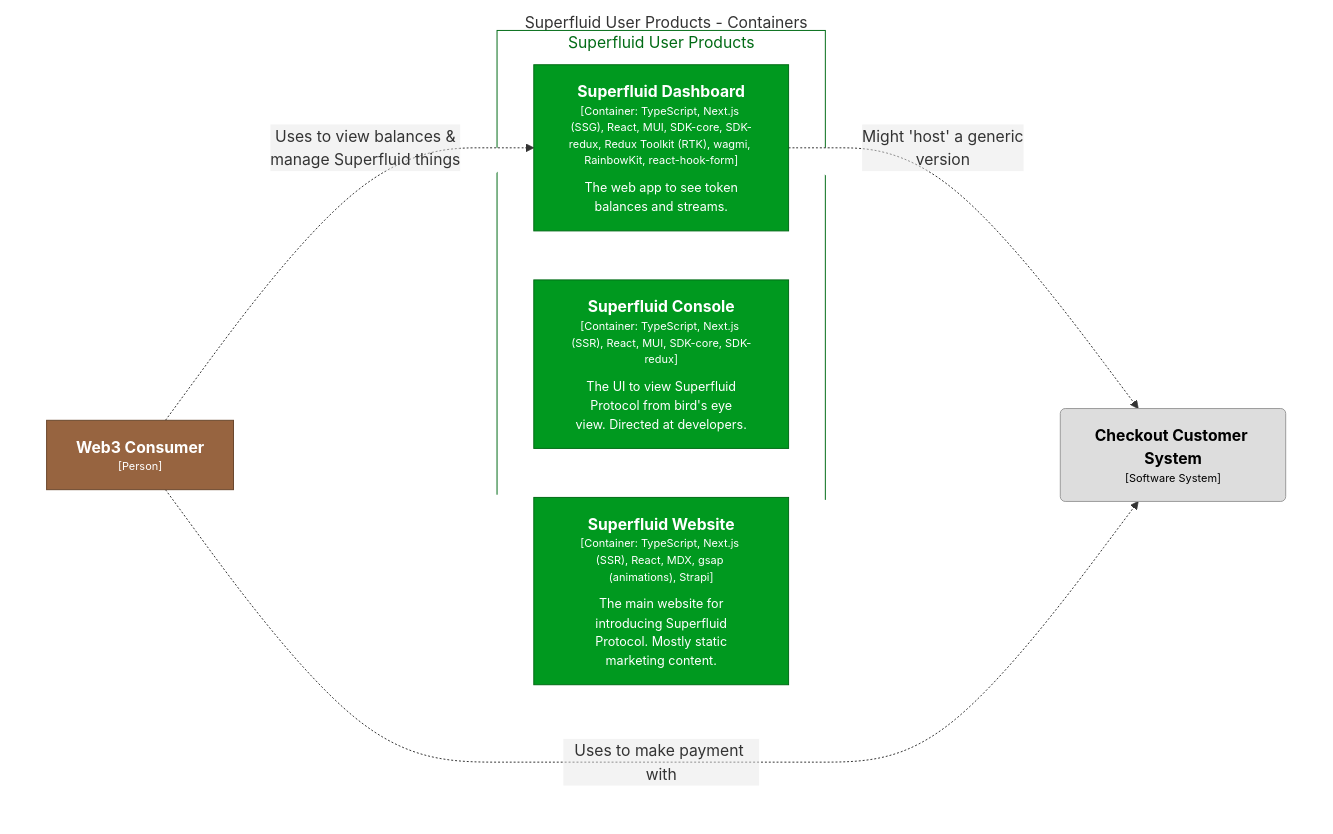
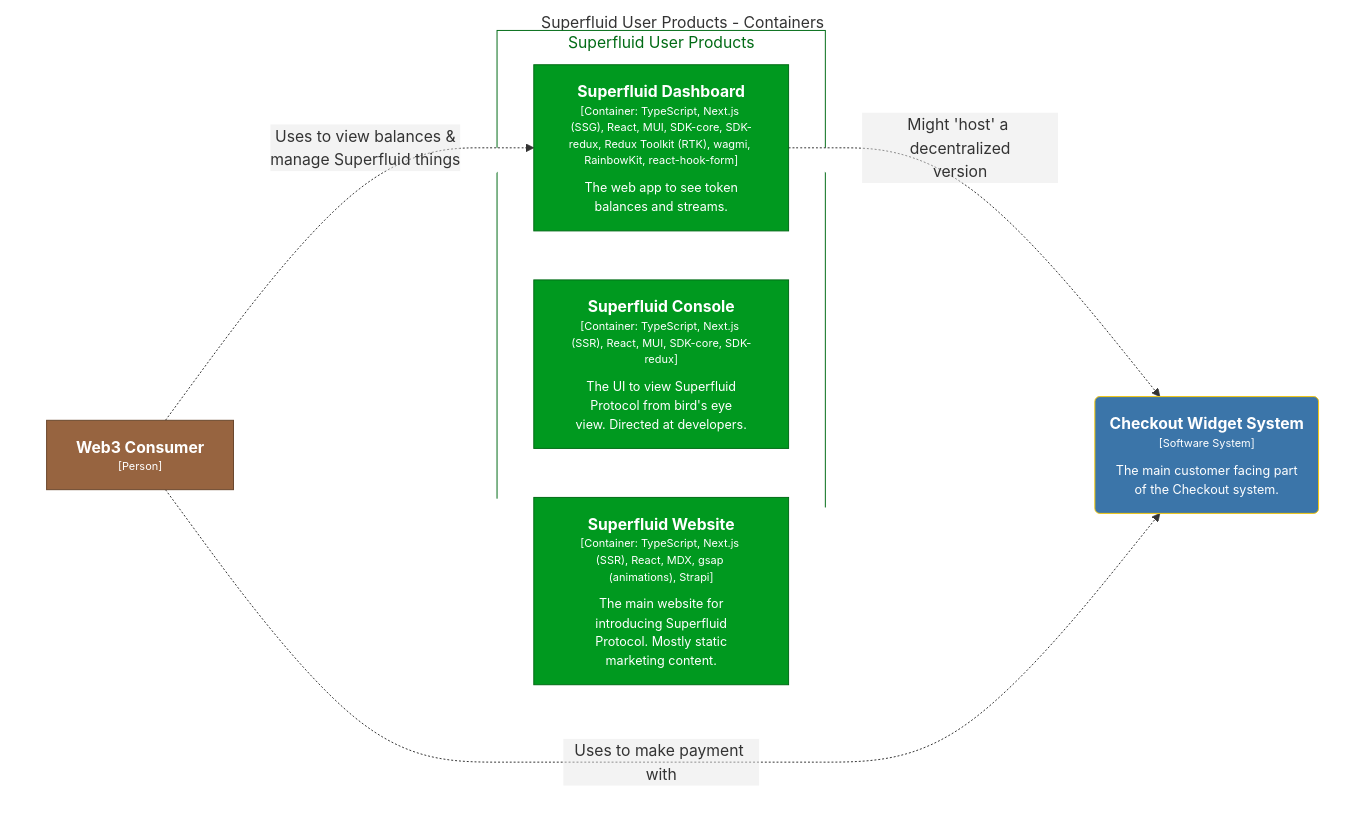
Before and after one commit to superfluid-finance/widget: the diagram in architecture/diagrams/structurizr-SuperfluidUserProducts.mmd, drawn with Mermaid. The commit also changed 13 other files, not shown here.

```diff
--- a/architecture/diagrams/structurizr-SuperfluidUserProducts.mmd
+++ b/architecture/diagrams/structurizr-SuperfluidUserProducts.mmd
@@ -1,26 +1,26 @@
 graph TB
   linkStyle default fill:#ffffff
 
   subgraph diagram [Superfluid User Products - Containers]
     style diagram fill:#ffffff,stroke:#ffffff
 
-    1("<div style='font-weight: bold'>Checkout Customer System</div><div style='font-size: 70%; margin-top: 0px'>[Software System]</div>")
-    style 1 fill:#dddddd,stroke:#9a9a9a,color:#000000
-    57["<div style='font-weight: bold'>Web3 Consumer</div><div style='font-size: 70%; margin-top: 0px'>[Person]</div>"]
-    style 57 fill:#976440,stroke:#69462c,color:#ffffff
+    3("<div style='font-weight: bold'>Checkout Widget System</div><div style='font-size: 70%; margin-top: 0px'>[Software System]</div><div style='font-size: 80%; margin-top:10px'>The main customer facing part<br />of the Checkout system.</div>")
+    style 3 fill:#3b75a9,stroke:#f8c806,color:#ffffff
+    65["<div style='font-weight: bold'>Web3 Consumer</div><div style='font-size: 70%; margin-top: 0px'>[Person]</div>"]
+    style 65 fill:#976440,stroke:#69462c,color:#ffffff
 
-    subgraph 35 [Superfluid User Products]
-      style 35 fill:#ffffff,stroke:#006b15,color:#006b15
+    subgraph 40 [Superfluid User Products]
+      style 40 fill:#ffffff,stroke:#006b15,color:#006b15
 
-      36["<div style='font-weight: bold'>Superfluid Dashboard</div><div style='font-size: 70%; margin-top: 0px'>[Container: TypeScript, Next.js (SSG), React, MUI, SDK-core, SDK-redux, Redux Toolkit (RTK), wagmi, RainbowKit, react-hook-form]</div><div style='font-size: 80%; margin-top:10px'>The web app to see token<br />balances and streams.</div>"]
-      style 36 fill:#00991f,stroke:#006b15,color:#ffffff
-      47["<div style='font-weight: bold'>Superfluid Console</div><div style='font-size: 70%; margin-top: 0px'>[Container: TypeScript, Next.js (SSR), React, MUI, SDK-core, SDK-redux]</div><div style='font-size: 80%; margin-top:10px'>The UI to view Superfluid<br />Protocol from bird's eye<br />view. Directed at developers.</div>"]
-      style 47 fill:#00991f,stroke:#006b15,color:#ffffff
-      48["<div style='font-weight: bold'>Superfluid Website</div><div style='font-size: 70%; margin-top: 0px'>[Container: TypeScript, Next.js (SSR), React, MDX, gsap (animations), Strapi]</div><div style='font-size: 80%; margin-top:10px'>The main website for<br />introducing Superfluid<br />Protocol. Mostly static<br />marketing content.</div>"]
-      style 48 fill:#00991f,stroke:#006b15,color:#ffffff
+      41["<div style='font-weight: bold'>Superfluid Dashboard</div><div style='font-size: 70%; margin-top: 0px'>[Container: TypeScript, Next.js (SSG), React, MUI, SDK-core, SDK-redux, Redux Toolkit (RTK), wagmi, RainbowKit, react-hook-form]</div><div style='font-size: 80%; margin-top:10px'>The web app to see token<br />balances and streams.</div>"]
+      style 41 fill:#00991f,stroke:#006b15,color:#ffffff
+      52["<div style='font-weight: bold'>Superfluid Console</div><div style='font-size: 70%; margin-top: 0px'>[Container: TypeScript, Next.js (SSR), React, MUI, SDK-core, SDK-redux]</div><div style='font-size: 80%; margin-top:10px'>The UI to view Superfluid<br />Protocol from bird's eye<br />view. Directed at developers.</div>"]
+      style 52 fill:#00991f,stroke:#006b15,color:#ffffff
+      53["<div style='font-weight: bold'>Superfluid Website</div><div style='font-size: 70%; margin-top: 0px'>[Container: TypeScript, Next.js (SSR), React, MDX, gsap (animations), Strapi]</div><div style='font-size: 80%; margin-top:10px'>The main website for<br />introducing Superfluid<br />Protocol. Mostly static<br />marketing content.</div>"]
+      style 53 fill:#00991f,stroke:#006b15,color:#ffffff
     end
 
-    36-. "<div>Might 'host' a generic<br />version</div><div style='font-size: 70%'></div>" .->1
-    57-. "<div>Uses to view balances &<br />manage Superfluid things</div><div style='font-size: 70%'></div>" .->36
-    57-. "<div>Uses to make payment with</div><div style='font-size: 70%'></div>" .->1
+    41-. "<div>Might 'host' a decentralized<br />version</div><div style='font-size: 70%'></div>" .->3
+    65-. "<div>Uses to view balances &<br />manage Superfluid things</div><div style='font-size: 70%'></div>" .->41
+    65-. "<div>Uses to make payment with</div><div style='font-size: 70%'></div>" .->3
   end
```
